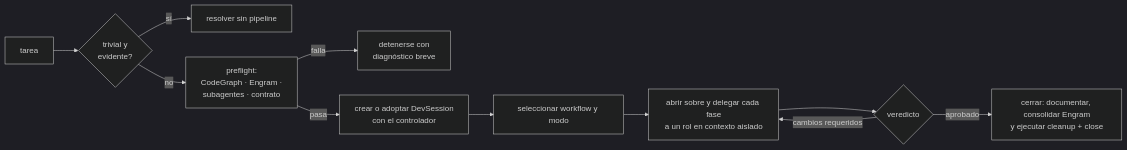
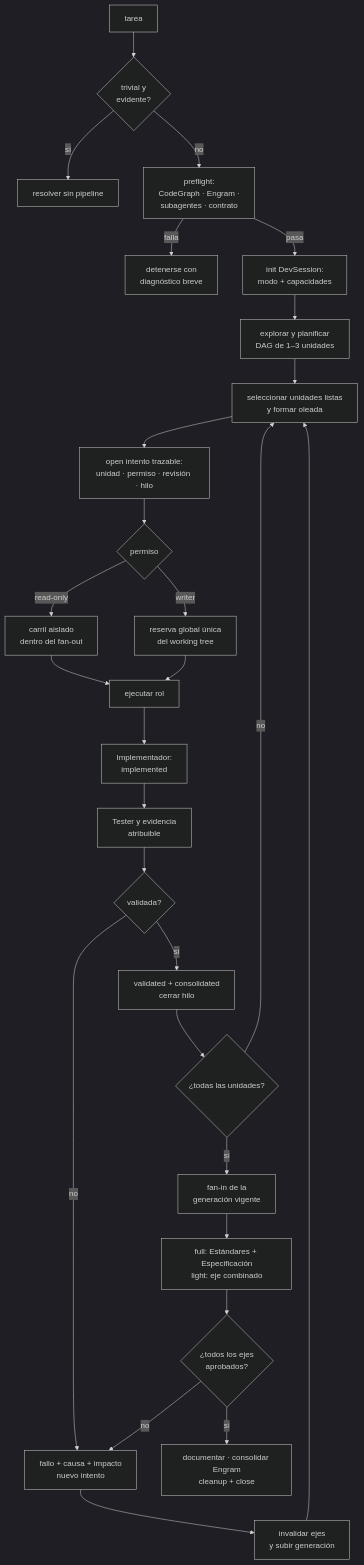
Before and after one commit to KroxiDev/agentic-layer: the fourth of 4 diagrams in docs/arquitectura.md, drawn with Mermaid (dark theme). The commit also changed other lines of this file and 21 other files, not shown here.

````diff
--- a/docs/arquitectura.md
+++ b/docs/arquitectura.md
@@ -215,13 +217,30 @@
 ```mermaid
-flowchart LR
+flowchart TD
     task["tarea"] --> triv{"trivial y<br/>evidente?"}
     triv -->|sí| direct["resolver sin pipeline"]
     triv -->|no| pre["preflight:<br/>CodeGraph · Engram ·<br/>subagentes · contrato"]
     pre -->|falla| stop["detenerse con<br/>diagnóstico breve"]
-    pre -->|pasa| sess["crear o adoptar DevSession<br/>con el controlador"]
-    sess --> wf["seleccionar workflow y modo"]
-    wf --> fases["abrir sobre y delegar cada fase<br/>a un rol en contexto aislado"]
-    fases --> eval{"veredicto"}
-    eval -->|cambios requeridos| fases
-    eval -->|aprobado| close["cerrar: documentar, consolidar Engram<br/>y ejecutar cleanup + close"]
+    pre -->|pasa| sess["init DevSession:<br/>modo + capacidades"]
+    sess --> plan["explorar y planificar<br/>DAG de 1–3 unidades"]
+    plan --> ready["seleccionar unidades listas<br/>y formar oleada"]
+    ready --> open["open intento trazable:<br/>unidad · permiso · revisión · hilo"]
+    open --> perm{"permiso"}
+    perm -->|read-only| lane["carril aislado<br/>dentro del fan-out"]
+    perm -->|writer| lock["reserva global única<br/>del working tree"]
+    lane --> work["ejecutar rol"]
+    lock --> work
+    work --> impl["Implementador:<br/>implemented"]
+    impl --> test["Tester y evidencia<br/>atribuible"]
+    test --> green{"validada?"}
+    green -->|no| rework["fallo + causa + impacto<br/>nuevo intento"]
+    rework --> invalidate["invalidar ejes<br/>y subir generación"]
+    invalidate --> ready
+    green -->|sí| consolidated["validated + consolidated<br/>cerrar hilo"]
+    consolidated --> all{"¿todas las unidades?"}
+    all -->|no| ready
+    all -->|sí| fanin["fan-in de la<br/>generación vigente"]
+    fanin --> axes["full: Estándares + Especificación<br/>light: eje combinado"]
+    axes --> approved{"¿todos los ejes<br/>aprobados?"}
+    approved -->|no| rework
+    approved -->|sí| close["documentar · consolidar Engram<br/>cleanup + close"]
 ```
````
